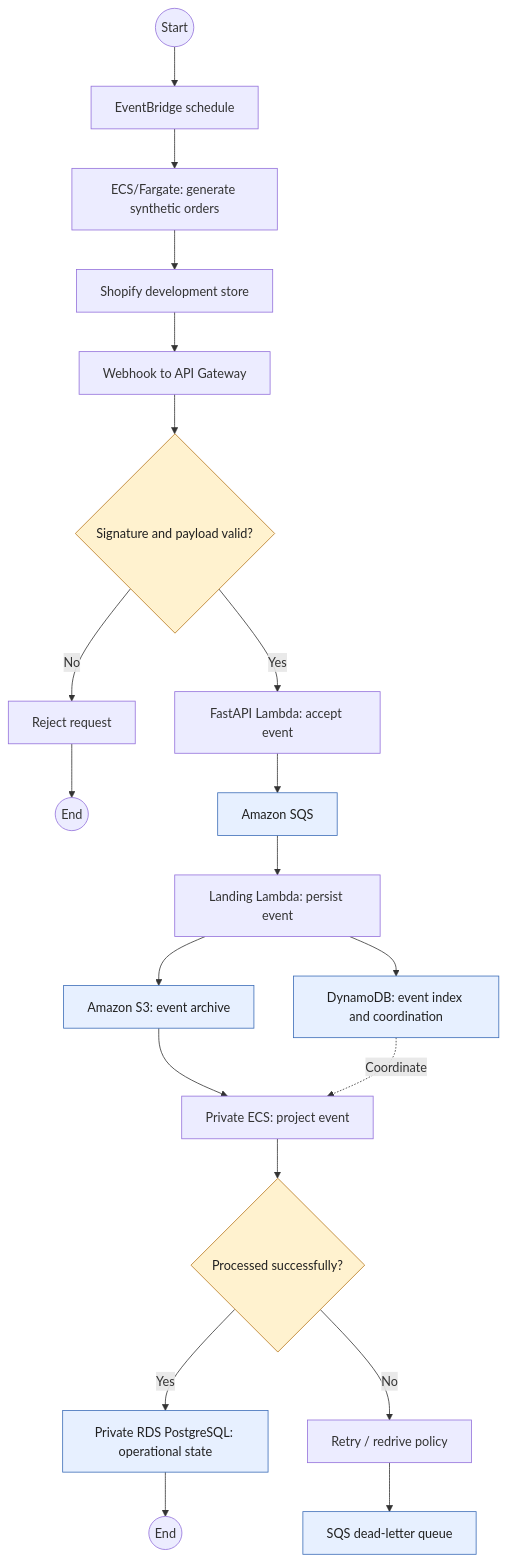
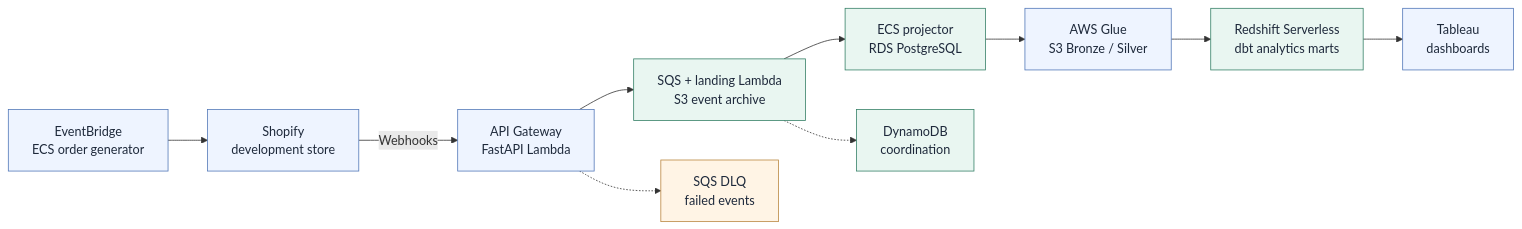
The diagram in README.md (georgeballa7/RealtimeEcommerceAnalytics), drawn with Mermaid before and after one commit. The commit also changed other lines of this file, not shown here.

Commit message:
docs: consolidate pipeline into one horizontal Mermaid diagram

````diff
--- a/README.md
+++ b/README.md
@@ -11,27 +7,20 @@
 ```mermaid
-flowchart TB
-    start((Start)) --> schedule["EventBridge schedule"]
-    schedule --> generate["ECS/Fargate: generate synthetic orders"]
-    generate --> shopify["Shopify development store"]
-    shopify --> webhook["Webhook to API Gateway"]
-    webhook --> validate{"Signature and payload valid?"}
-    validate -- No --> reject["Reject request"]
-    reject --> stop1((End))
-    validate -- Yes --> intake["FastAPI Lambda: accept event"]
-    intake --> queue["Amazon SQS"]
-    queue --> landing["Landing Lambda: persist event"]
-    landing --> archive["Amazon S3: event archive"]
-    landing --> index["DynamoDB: event index and coordination"]
-    archive --> projector["Private ECS: project event"]
-    index -. "Coordinate" .-> projector
-    projector --> persist{"Processed successfully?"}
-    persist -- Yes --> rds["Private RDS PostgreSQL: operational state"]
-    persist -- No --> retry["Retry / redrive policy"]
-    retry --> dlq["SQS dead-letter queue"]
-    rds --> finish((End))
+flowchart LR
+    A["EventBridge<br/>ECS order generator"] --> B["Shopify<br/>development store"]
+    B -->|Webhooks| C["API Gateway<br/>FastAPI Lambda"]
+    C --> D["SQS + landing Lambda<br/>S3 event archive"]
+    D --> E["ECS projector<br/>RDS PostgreSQL"]
+    E --> F["AWS Glue<br/>S3 Bronze / Silver"]
+    F --> G["Redshift Serverless<br/>dbt analytics marts"]
+    G --> H["Tableau<br/>dashboards"]
 
-    classDef decision fill:#fff2cf,stroke:#b7791f,color:#202020
-    classDef store fill:#e7f0ff,stroke:#3b6cb7,color:#202020
-    class validate,persist decision
-    class queue,archive,index,rds,dlq store
+    D -.-> I["DynamoDB<br/>coordination"]
+    C -.-> J["SQS DLQ<br/>failed events"]
+
+    classDef process fill:#eef4ff,stroke:#5278b8,color:#1e293b,stroke-width:1px
+    classDef storage fill:#e9f6f1,stroke:#358067,color:#1e293b,stroke-width:1px
+    classDef exception fill:#fff4e5,stroke:#ba8740,color:#1e293b,stroke-width:1px
+    class A,B,C,F,H process
+    class D,E,G,I storage
+    class J exception
 ```
````
